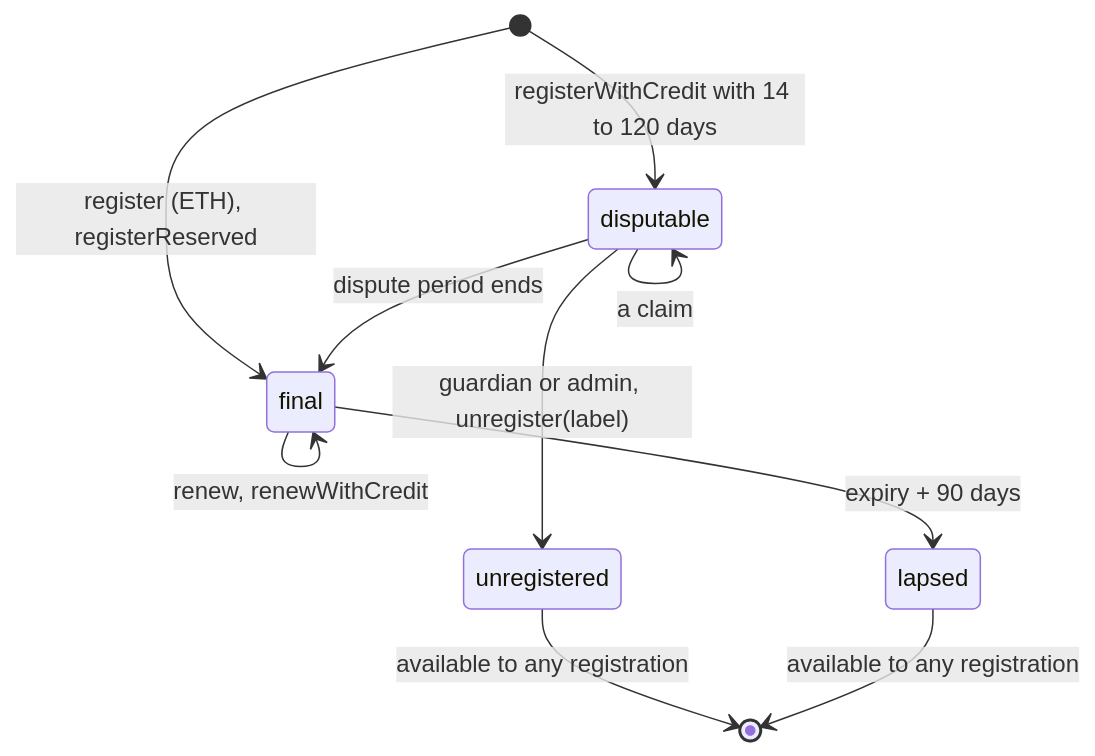
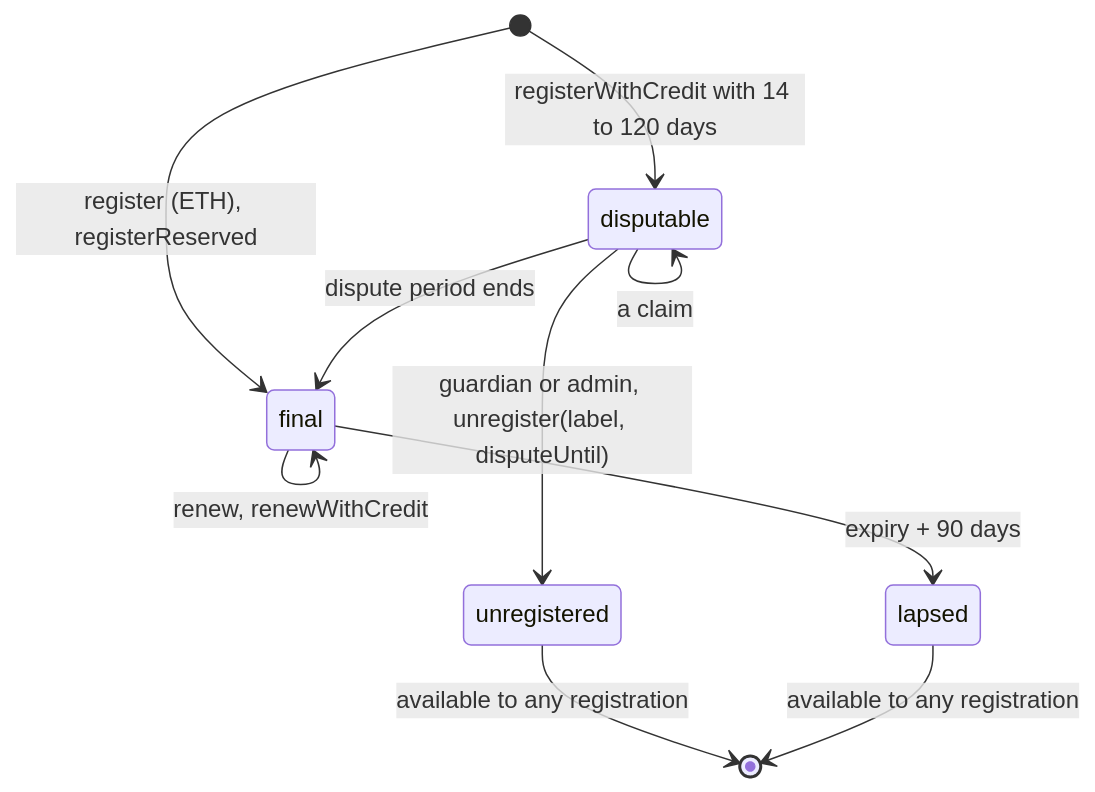
One commit to brenzi/simplex-namespace-contract changed the first of 3 diagrams in docs/plans/dispute-period.md. Above: the diagram before and after it, drawn with Mermaid. The commit also changed other lines of this file and 5 other files, not shown here.

Commit message:
docs: dispute period after review round 3: unregister bound to the dispute end, terms, owner's answers

````diff
--- a/docs/plans/dispute-period.md
+++ b/docs/plans/dispute-period.md
@@ -32,12 +35,12 @@
 ```mermaid
 stateDiagram-v2
   [*] --> disputable: registerWithCredit with 14 to 120 days
   [*] --> final: register (ETH), registerReserved
   disputable --> final: dispute period ends
-  disputable --> unregistered: guardian or admin, unregister(label)
+  disputable --> unregistered: guardian or admin, unregister(label, disputeUntil)
   final --> final: renew, renewWithCredit
   disputable --> disputable: a claim
   unregistered --> [*]: available to any registration
   final --> lapsed: expiry + 90 days
   lapsed --> [*]: available to any registration
 ```
````
